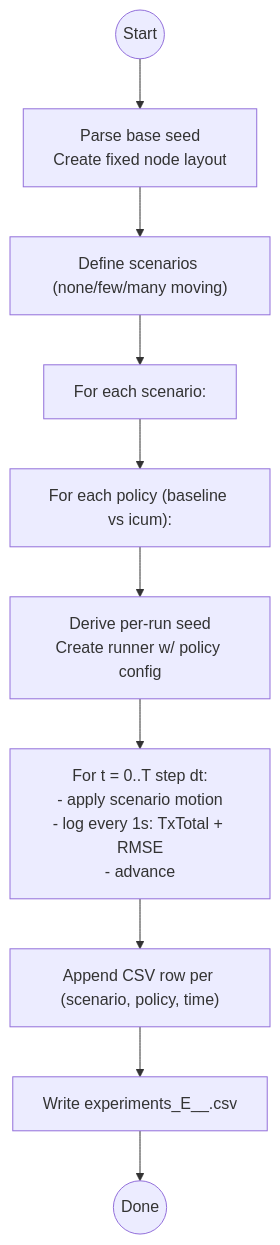
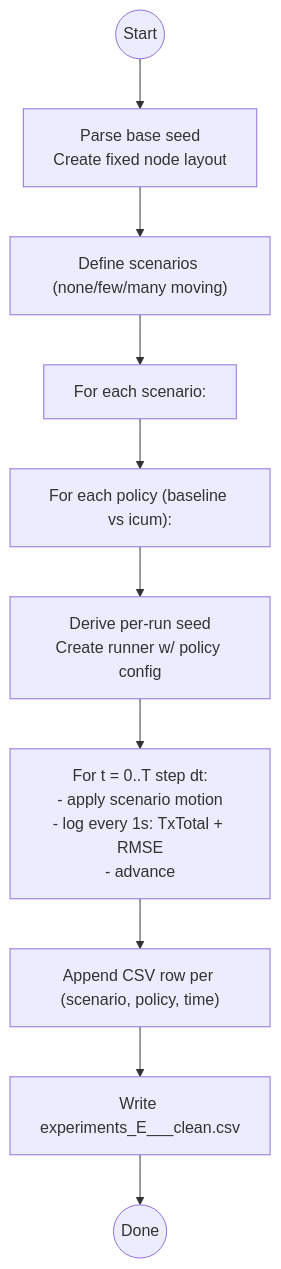
The fifth of 5 diagrams in src/experiments/README.md (ChickenSalsahub/ICUM-SIM), drawn with Mermaid before and after one commit. The commit also changed other lines of this file and 23 other files, not shown here.

````diff
--- a/src/experiments/README.md
+++ b/src/experiments/README.md
@@ -232,12 +260,12 @@
 ```mermaid
 flowchart TD
   E0(("Start")) --> E1["Parse base seed\nCreate fixed node layout"]
   E1 --> E2["Define scenarios (none/few/many moving)"]
   E2 --> E3["For each scenario:"]
   E3 --> E4["For each policy (baseline vs icum):"]
   E4 --> E5["Derive per-run seed\nCreate runner w/ policy config"]
   E5 --> E6["For t = 0..T step dt:\n- apply scenario motion\n- log every 1s: TxTotal + RMSE\n- advance"]
   E6 --> E7["Append CSV row per (scenario, policy, time)"]
-  E7 --> E8["Write experiments_E_<scenario>_<policy>.csv"]
+  E7 --> E8["Write experiments_E_<scenario>_<policy>_clean.csv"]
   E8 --> E9(("Done"))
 ```
````
